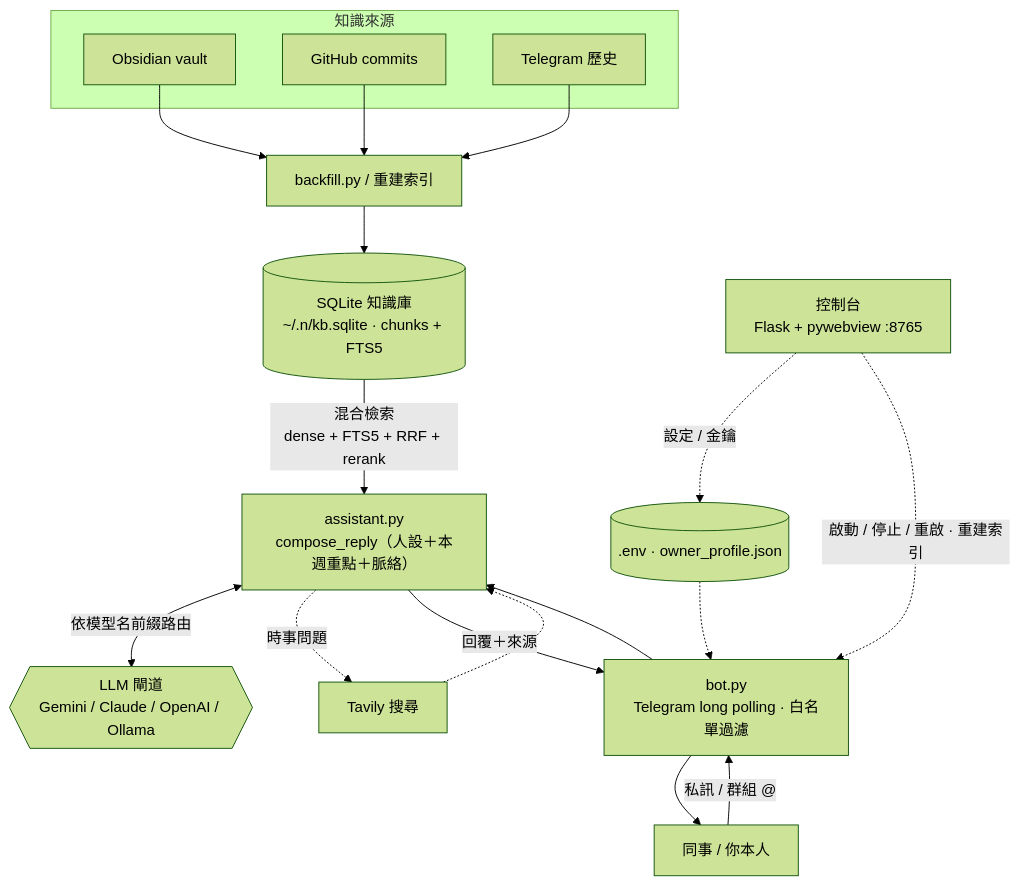
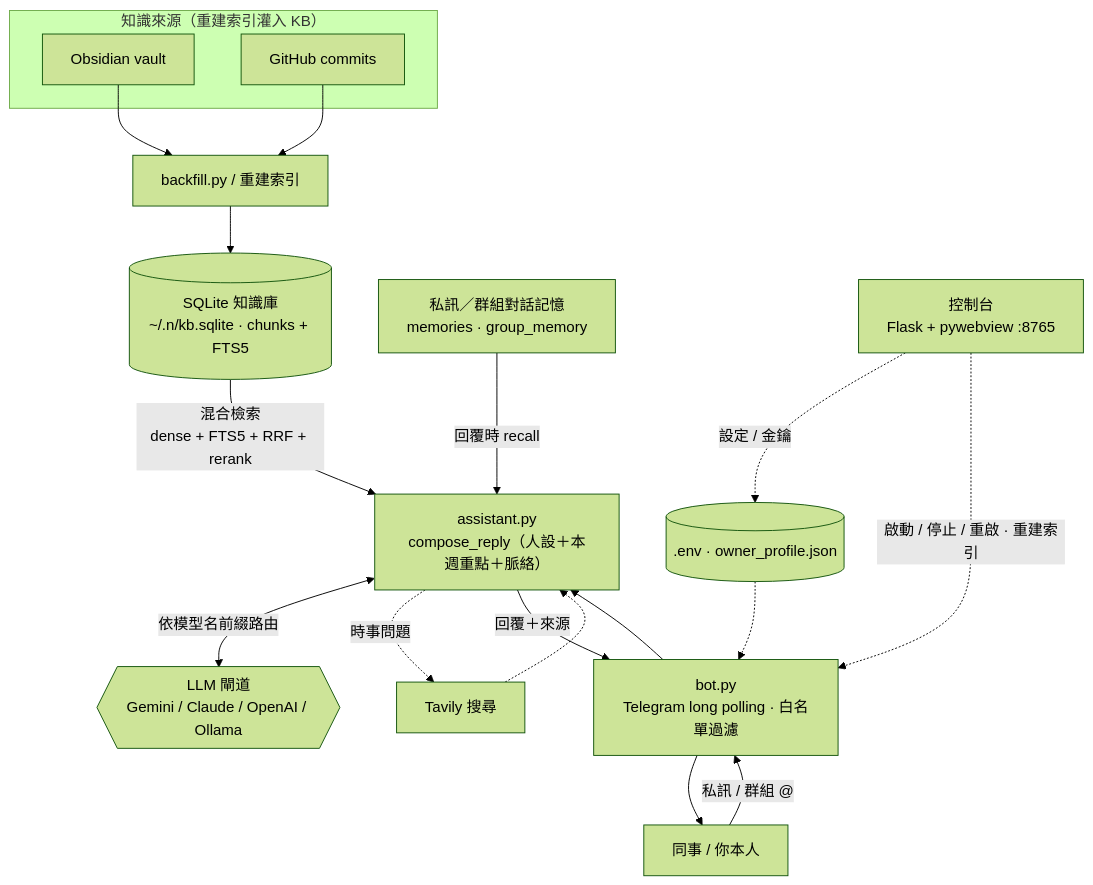
Before and after one commit to Jasonli1991/jayvis: the first of 2 diagrams in README.md, drawn with Mermaid (forest theme). The commit also changed other lines of this file and 9 other files, not shown here.

````diff
--- a/README.md
+++ b/README.md
@@ -261,25 +260,24 @@
 ```mermaid
 flowchart TB
-    subgraph SRC["知識來源"]
+    subgraph SRC["知識來源（重建索引灌入 KB）"]
         OB["Obsidian vault"]
         GH["GitHub commits"]
-        TGH["Telegram 歷史"]
     end
     OB --> ING["backfill.py / 重建索引"]
     GH --> ING
-    TGH --> ING
     ING --> KB[("SQLite 知識庫<br/>~/.n/kb.sqlite · chunks + FTS5")]
+    MEM["私訊／群組對話記憶<br/>memories · group_memory"] -->|"回覆時 recall"| ASST
 
     USER["同事 / 你本人"] -->|"私訊 / 群組 @"| BOT["bot.py<br/>Telegram long polling · 白名單過濾"]
     BOT --> ASST["assistant.py<br/>compose_reply（人設＋本週重點＋脈絡）"]
     KB -->|"混合檢索<br/>dense + FTS5 + RRF + rerank"| ASST
     ASST <-->|"依模型名前綴路由"| LLM{{"LLM 閘道<br/>Gemini / Claude / OpenAI / Ollama"}}
     ASST -.->|"時事問題"| TAV["Tavily 搜尋"]
     TAV -.-> ASST
     ASST -->|"回覆＋來源"| BOT
     BOT --> USER
 
     PANEL["控制台<br/>Flask + pywebview :8765"] -.->|"設定 / 金鑰"| CFG[(".env · owner_profile.json")]
     CFG -.-> BOT
     PANEL -.->|"啟動 / 停止 / 重啟 · 重建索引"| BOT
 ```
````
